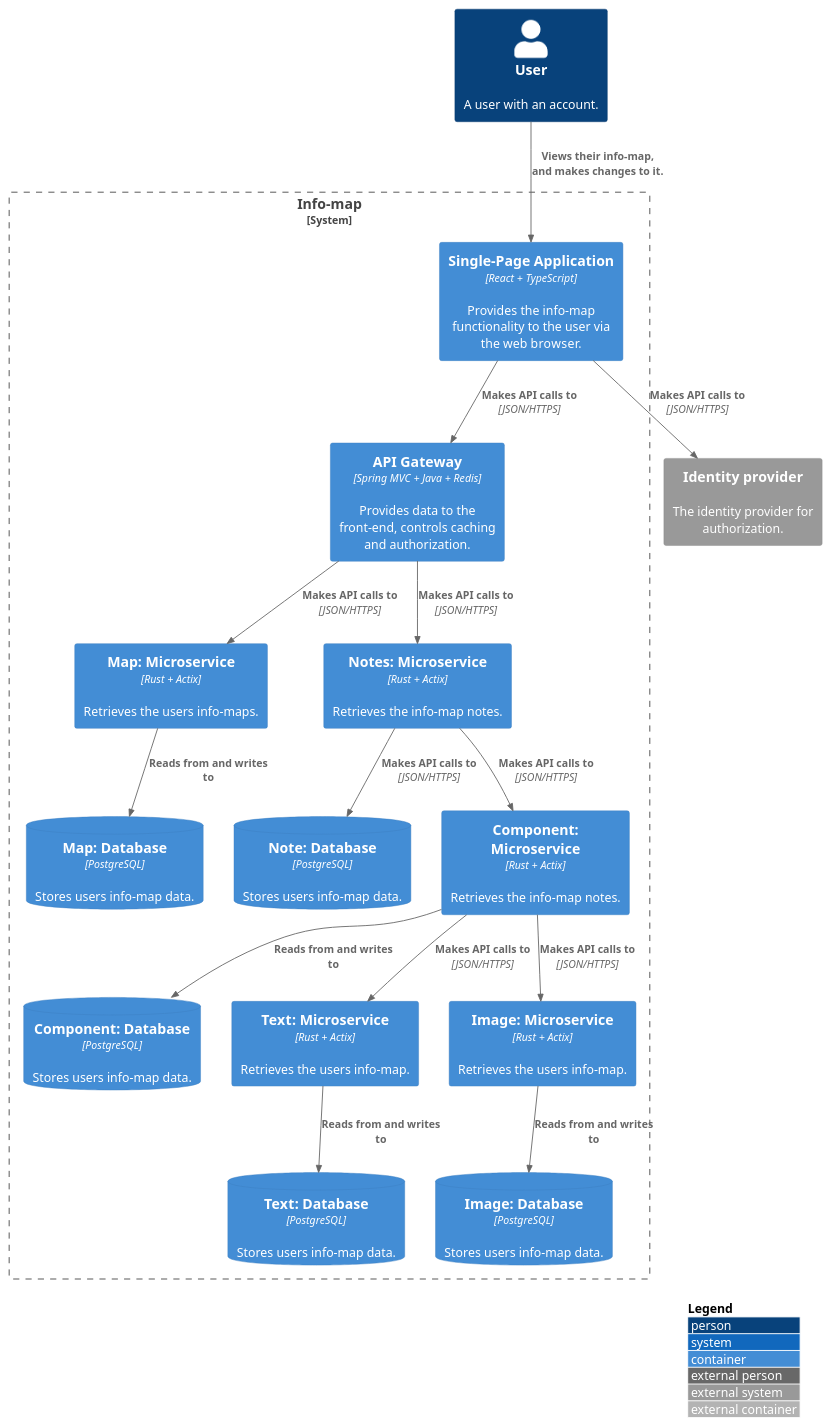
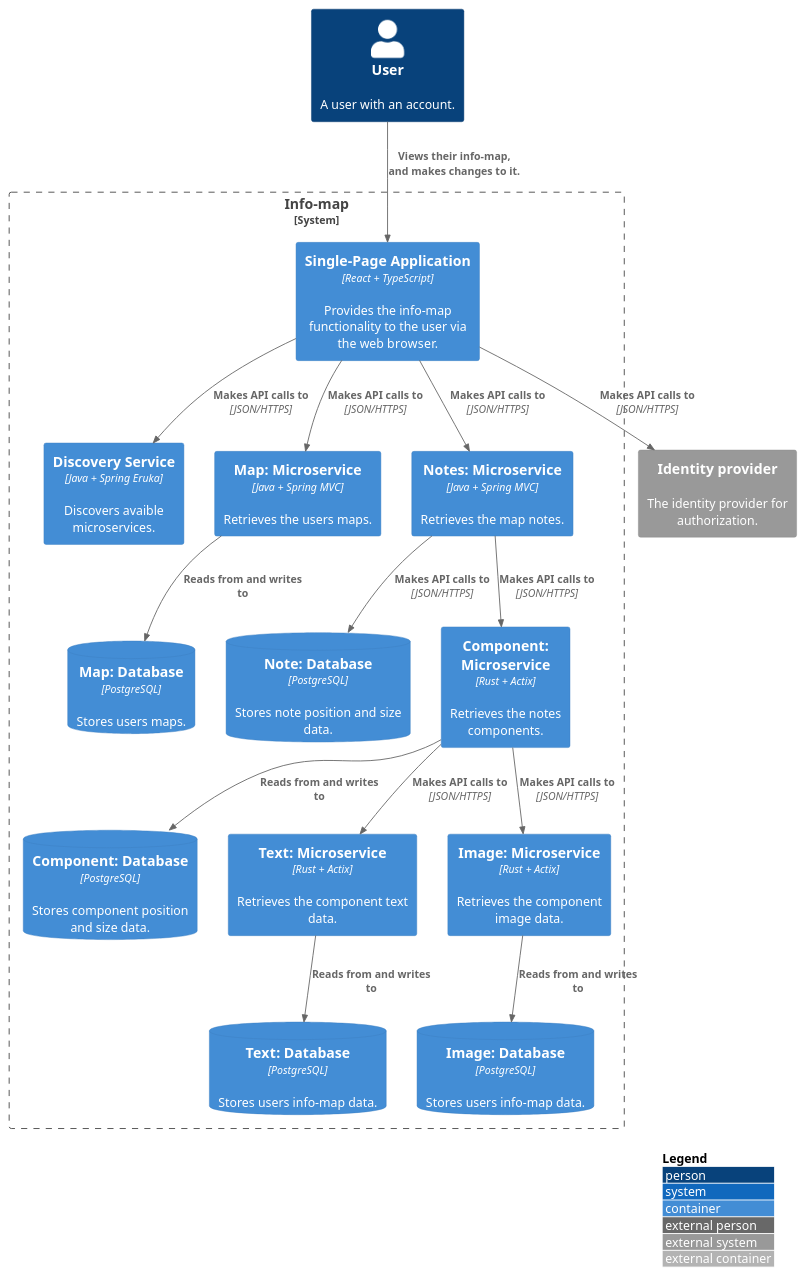
The diagram in diagrams/container.puml (FHICT-S-Koen/info-map-docs), drawn with PlantUML before and after one commit.

Commit message:
Fixed service details

```diff
--- a/diagrams/container.puml
+++ b/diagrams/container.puml
@@ -1,48 +1,48 @@
 @startuml C4_Elements
 !include https://raw.githubusercontent.com/plantuml-stdlib/C4-PlantUML/master/C4_Container.puml
 
 LAYOUT_WITH_LEGEND()
 
 Person(user, "User", "A user with an account.")
 
 System_Ext(auth, "Identity provider", "The identity provider for authorization.")
 
 System_Boundary(boundry, "Info-map"){
 	Container(spa, "Single-Page Application", "React + TypeScript", "Provides the info-map functionality to the user via the web browser.")
 
-	Container(api, "API Gateway", "Spring MVC + Java + Redis", "Provides data to the front-end, controls caching and authorization.")
+	Container(api, "Discovery Service", "Java + Spring Eruka", "Discovers avaible microservices.")
 	
-	Container(map_service, "Map: Microservice", "Rust + Actix", "Retrieves the users info-maps.")
-	ContainerDb(map_db, "Map: Database", "PostgreSQL", "Stores users info-map data.")
+	Container(map_service, "Map: Microservice", "Java + Spring MVC", "Retrieves the users maps.")
+	ContainerDb(map_db, "Map: Database", "PostgreSQL", "Stores users maps.")
 
-	Container(note_service, "Notes: Microservice", "Rust + Actix", "Retrieves the info-map notes.")
-	ContainerDb(note_db, "Note: Database", "PostgreSQL", "Stores users info-map data.")
+	Container(note_service, "Notes: Microservice", "Java + Spring MVC", "Retrieves the map notes.")
+	ContainerDb(note_db, "Note: Database", "PostgreSQL", "Stores note position and size data.")
 
-	Container(component_service, "Component: Microservice", "Rust + Actix", "Retrieves the info-map notes.")
-	ContainerDb(component_db, "Component: Database", "PostgreSQL", "Stores users info-map data.")
+	Container(component_service, "Component: Microservice", "Rust + Actix", "Retrieves the notes components.")
+	ContainerDb(component_db, "Component: Database", "PostgreSQL", "Stores component position and size data.")
 
-	Container(text_service, "Text: Microservice", "Rust + Actix", "Retrieves the users info-map.")
+	Container(text_service, "Text: Microservice", "Rust + Actix", "Retrieves the component text data.")
 	ContainerDb(text_db, "Text: Database", "PostgreSQL", "Stores users info-map data.")
 
-	Container(image_service, "Image: Microservice", "Rust + Actix", "Retrieves the users info-map.")
+	Container(image_service, "Image: Microservice", "Rust + Actix", "Retrieves the component image data.")
 	ContainerDb(image_db, "Image: Database", "PostgreSQL", "Stores users info-map data.")
 }
 Rel(user, spa, "Views their info-map, and makes changes to it.")
 
 Rel(spa, api, "Makes API calls to", "JSON/HTTPS")
 Rel(spa, auth, "Makes API calls to", "JSON/HTTPS")
 
-Rel(api, map_service, "Makes API calls to", "JSON/HTTPS")
+Rel(spa, map_service, "Makes API calls to", "JSON/HTTPS")
 Rel(map_service, map_db, "Reads from and writes to")
 
-Rel(api, note_service, "Makes API calls to", "JSON/HTTPS")
+Rel(spa, note_service, "Makes API calls to", "JSON/HTTPS")
 Rel(note_service, component_service, "Makes API calls to", "JSON/HTTPS")
 Rel(note_service, note_db, "Makes API calls to", "JSON/HTTPS")
 
 Rel(component_service, image_service, "Makes API calls to", "JSON/HTTPS")
 Rel(component_service, text_service, "Makes API calls to", "JSON/HTTPS")
 
 Rel(component_service, component_db, "Reads from and writes to")
 Rel(text_service, text_db, "Reads from and writes to")
 Rel(image_service, image_db, "Reads from and writes to")
 @enduml
```
